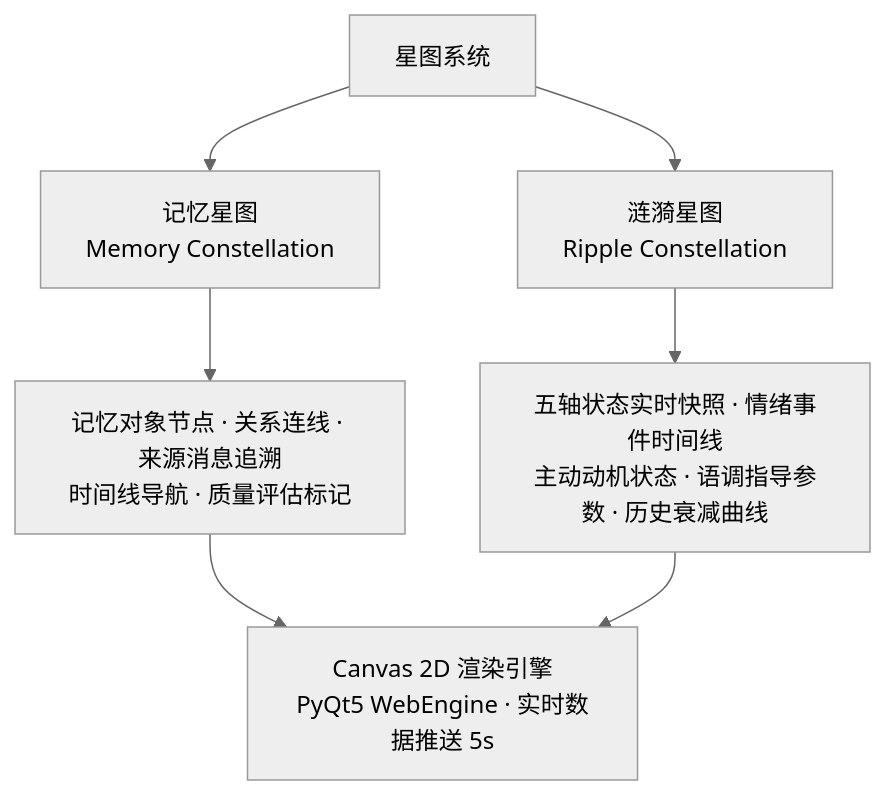
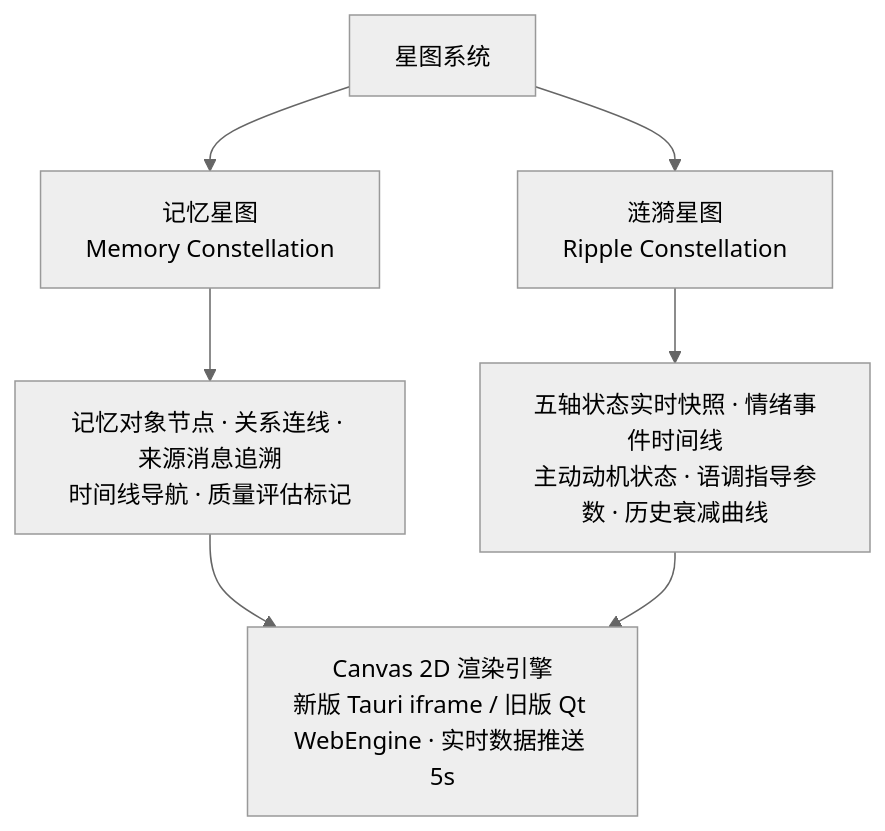
Before and after one commit to yuxinbeiyi/Lianxin-AI: the eighth of 9 diagrams in README_CN.md, drawn with Mermaid (neutral theme). The commit also changed other lines of this file and 5 other files, not shown here.

````diff
--- a/README_CN.md
+++ b/README_CN.md
@@ -443,10 +494,10 @@
 ```mermaid
 flowchart TB
     S["星图系统"]
     S --> M["记忆星图<br/>Memory Constellation"]
     S --> R["涟漪星图<br/>Ripple Constellation"]
     M --> M1["记忆对象节点 · 关系连线 · 来源消息追溯<br/>时间线导航 · 质量评估标记"]
     R --> R1["五轴状态实时快照 · 情绪事件时间线<br/>主动动机状态 · 语调指导参数 · 历史衰减曲线"]
-    M1 --> E["Canvas 2D 渲染引擎<br/>PyQt5 WebEngine · 实时数据推送 5s"]
+    M1 --> E["Canvas 2D 渲染引擎<br/>新版 Tauri iframe / 旧版 Qt WebEngine · 实时数据推送 5s"]
     R1 --> E
 ```
````
